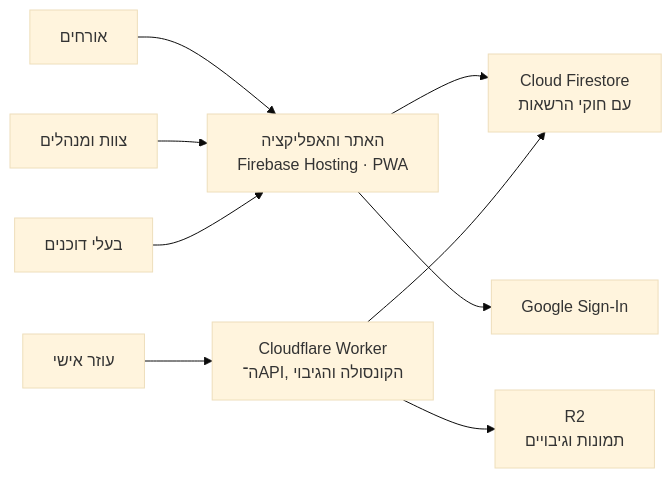
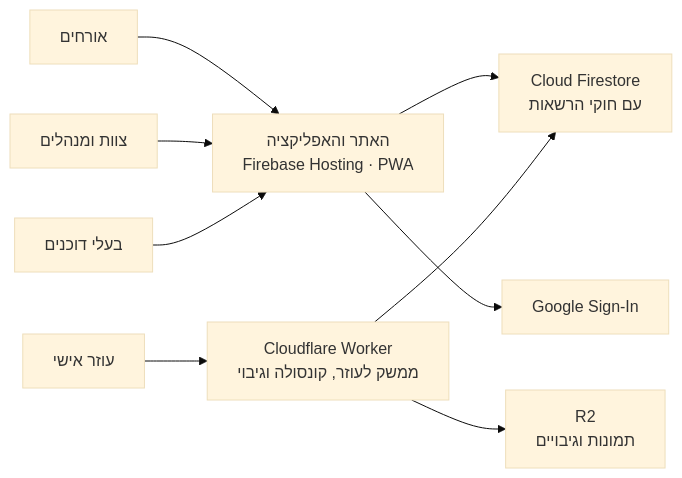
Before and after one commit to MeniViner/havat-ravve: the diagram in README.md, drawn with Mermaid (base theme).

Commit message:
README: worker label in plain Hebrew

````diff
--- a/README.md
+++ b/README.md
@@ -80,11 +80,11 @@
 ```mermaid
 flowchart LR
   guest["אורחים"] --> web
   team["צוות ומנהלים"] --> web
   vendor["בעלי דוכנים"] --> web
   web["האתר והאפליקציה<br/>Firebase Hosting · PWA"] --> fs["Cloud Firestore<br/>עם חוקי הרשאות"]
   web --> auth["Google Sign-In"]
-  assistant["עוזר אישי"] --> worker["Cloudflare Worker<br/>ה־API, הקונסולה והגיבוי"]
+  assistant["עוזר אישי"] --> worker["Cloudflare Worker<br/>ממשק לעוזר, קונסולה וגיבוי"]
   worker --> fs
   worker --> r2["R2<br/>תמונות וגיבויים"]
 ```
````
